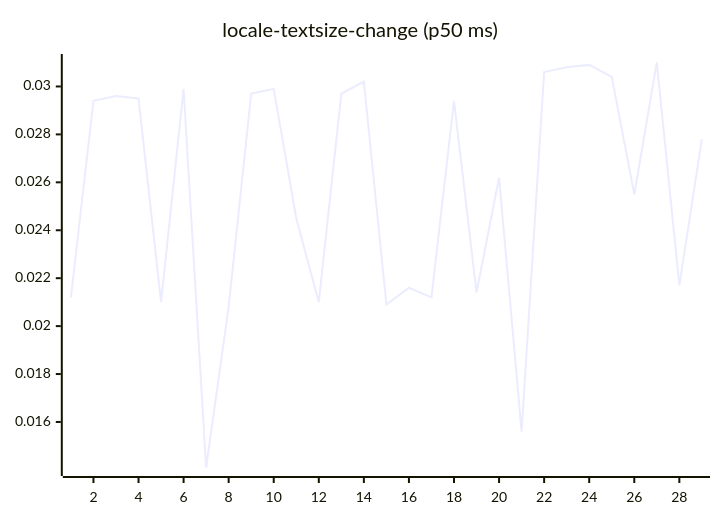
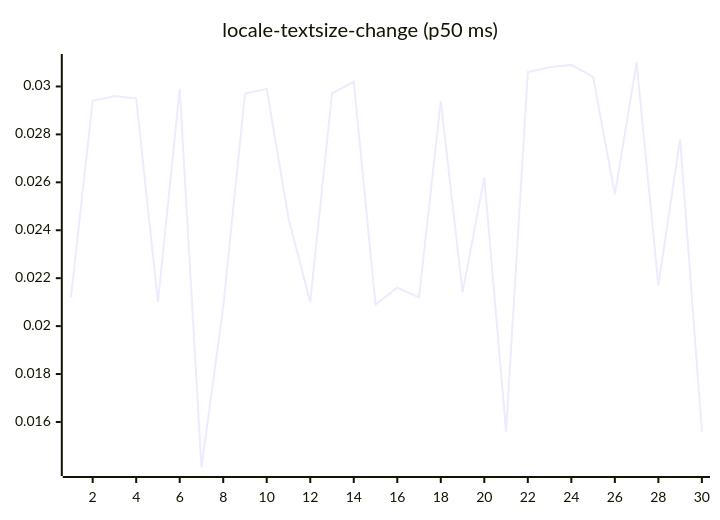
Diagram 13 of 27 in README.md (josha/Facet), drawn with Mermaid before and after one commit. The commit also changed other lines of this file and 2 other files, not shown here.

````diff
--- a/README.md
+++ b/README.md
@@ -147,6 +147,6 @@
 ```mermaid
 xychart-beta
     title "locale-textsize-change (p50 ms)"
-    x-axis 1 --> 29
-    line [0.0212, 0.0294, 0.0296, 0.0295, 0.0210, 0.0299, 0.0141, 0.0208, 0.0297, 0.0299, 0.0245, 0.0210, 0.0297, 0.0302, 0.0209, 0.0216, 0.0212, 0.0294, 0.0214, 0.0262, 0.0156, 0.0306, 0.0308, 0.0309, 0.0304, 0.0255, 0.0310, 0.0217, 0.0278]
+    x-axis 1 --> 30
+    line [0.0212, 0.0294, 0.0296, 0.0295, 0.0210, 0.0299, 0.0141, 0.0208, 0.0297, 0.0299, 0.0245, 0.0210, 0.0297, 0.0302, 0.0209, 0.0216, 0.0212, 0.0294, 0.0214, 0.0262, 0.0156, 0.0306, 0.0308, 0.0309, 0.0304, 0.0255, 0.0310, 0.0217, 0.0278, 0.0156]
 ```
````
